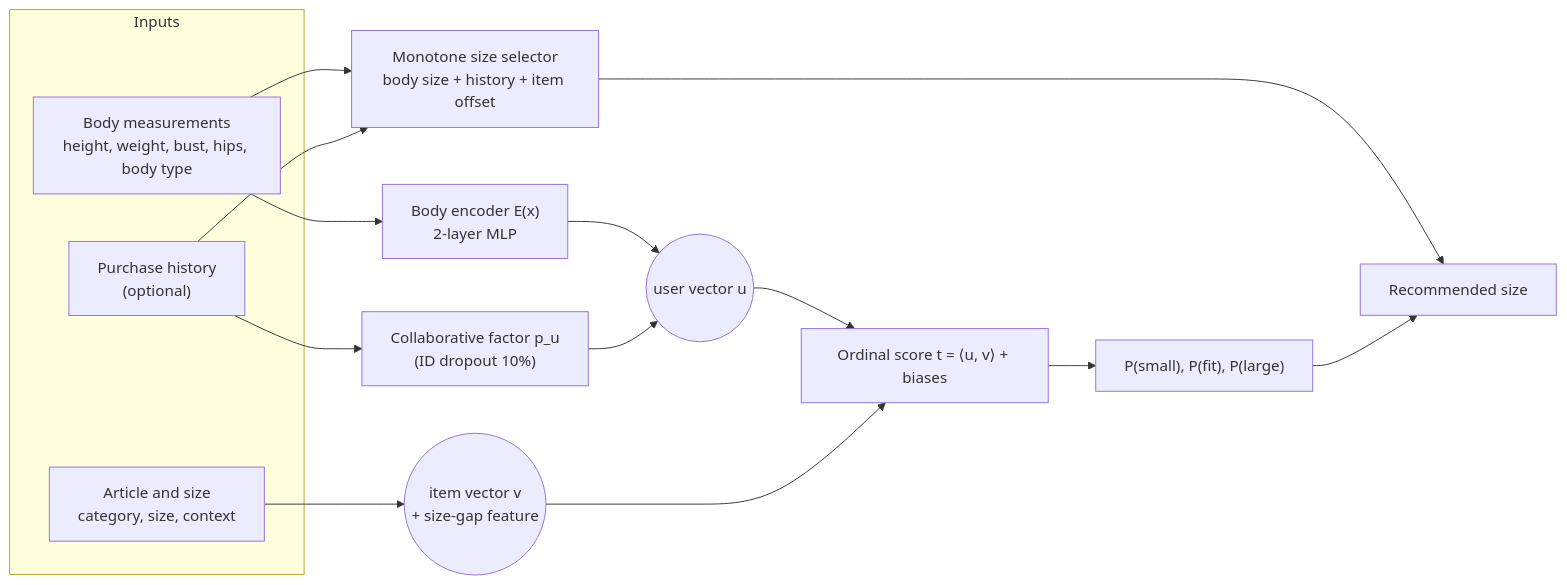
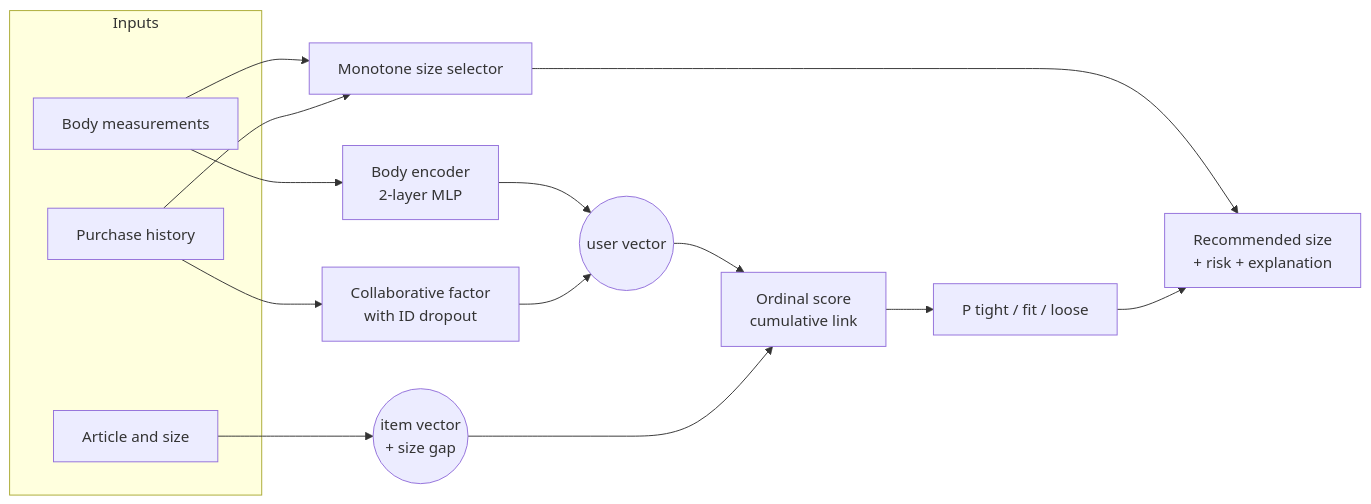
One commit to ngminhthotech/hybrid-size-recommender changed the diagram in README.md. Above: the diagram before and after it, drawn with Mermaid. The commit also changed other lines of this file and 3 other files, not shown here.

````diff
--- a/README.md
+++ b/README.md
@@ -44,20 +67,20 @@
 ```mermaid
 flowchart LR
-    subgraph Inputs
-      B["Body measurements<br/>height, weight, bust, hips, body type"]
-      H["Purchase history<br/>(optional)"]
-      P["Article and size<br/>category, size, context"]
+    subgraph IN[Inputs]
+      B[Body measurements]
+      H[Purchase history]
+      P[Article and size]
     end
-    B --> E["Body encoder E(x)<br/>2-layer MLP"]
-    H --> U["Collaborative factor p_u<br/>(ID dropout 10%)"]
-    E --> UV(("user vector u"))
-    U --> UV
-    P --> V(("item vector v<br/>+ size-gap feature"))
-    UV --> S["Ordinal score t = ⟨u, v⟩ + biases"]
+    B --> E[Body encoder<br/>2-layer MLP]
+    H --> C[Collaborative factor<br/>with ID dropout]
+    E --> U((user vector))
+    C --> U
+    P --> V((item vector<br/>+ size gap))
+    U --> S[Ordinal score<br/>cumulative link]
     V --> S
-    S --> F["P(small), P(fit), P(large)"]
-    B --> M["Monotone size selector<br/>body size + history + item offset"]
+    S --> F[P tight / fit / loose]
+    B --> M[Monotone size selector]
     H --> M
-    M --> R["Recommended size"]
+    M --> R[Recommended size<br/>+ risk + explanation]
     F --> R
 ```
````
